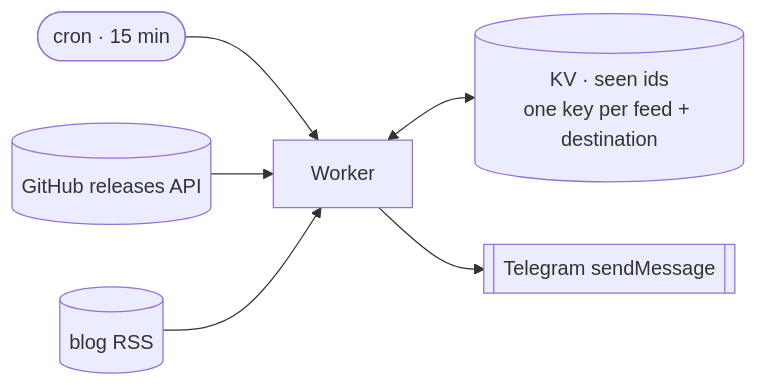
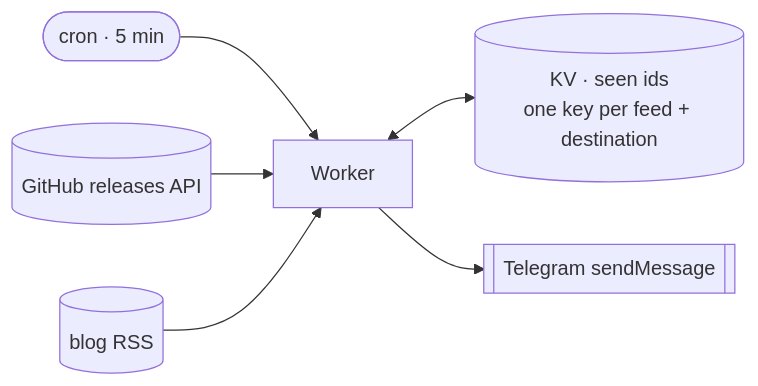
One commit to CommanderTvis/kotlin-releases-bot changed the diagram in README.md. Above: the diagram before and after it, drawn with Mermaid. The commit also changed other lines of this file and 4 other files, not shown here.

````diff
--- a/README.md
+++ b/README.md
@@ -11,8 +11,8 @@
 ```mermaid
 flowchart LR
-    cron([cron · 15 min]) --> worker[Worker]
+    cron([cron · 5 min]) --> worker[Worker]
     releases[("GitHub releases API")] --> worker
     blog[("blog RSS")] --> worker
     worker <--> kv[("KV · seen ids<br/>one key per feed + destination")]
     worker --> tg[["Telegram sendMessage"]]
 ```
````
